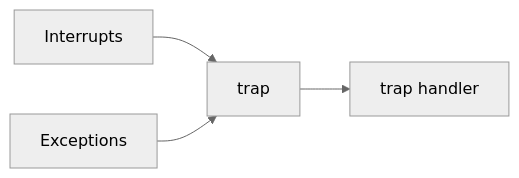
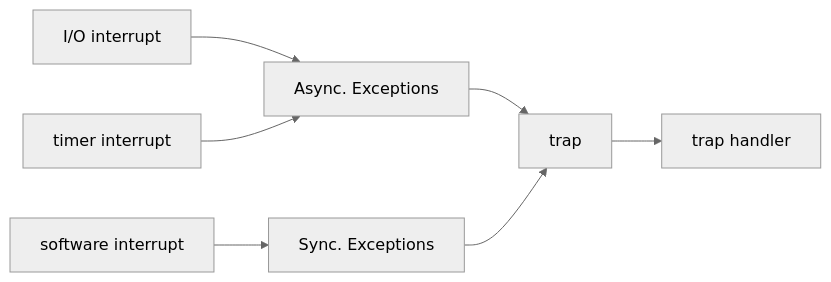
One commit to Luo-Jiayi/Luo-Jiayi.github.io changed the fourth of 9 diagrams in _posts/2025-05-26-embeddedSys.md. Above: the diagram before and after it, drawn with Mermaid (neutral theme). The commit also changed other lines of this file, not shown here.

````diff
--- a/_posts/2025-05-26-embeddedSys.md
+++ b/_posts/2025-05-26-embeddedSys.md
@@ -162,10 +165,15 @@
 ```mermaid
 graph LR;
-A["Interrupts"]
-B["Exceptions"]
+A["Async. Exceptions"]
+B["Sync. Exceptions"]
 C["trap"]
 D["trap handler"]
+E["I/O interrupt"]
+F["timer interrupt"]
+G["software interrupt"]
 A-->C;
 B-->C;
 C-->D;
+E-->A; F-->A;
+G-->B;
 ```
````
